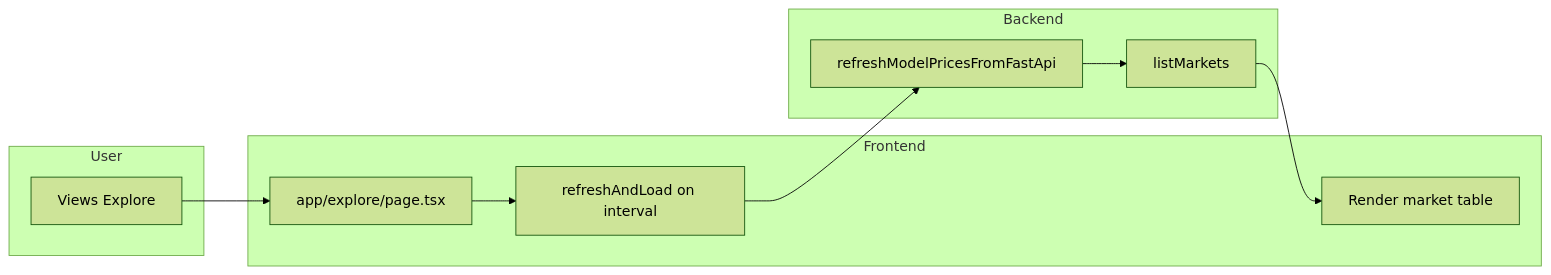
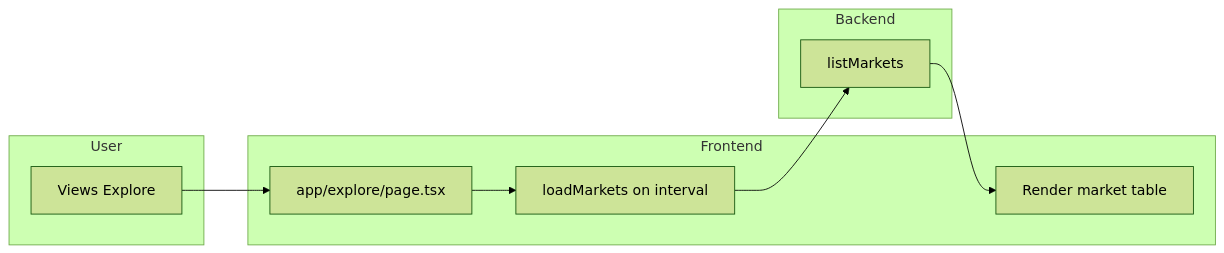
One commit to janbocchino/Bratva changed the third of 4 diagrams in notes/user-flows/implemented.md. Above: the diagram before and after it, drawn with Mermaid (forest theme). The commit also changed other lines of this file and 26 other files, not shown here.

Commit message:
feature: delettion of FAST API, cleanup

````diff
--- a/notes/user-flows/implemented.md
+++ b/notes/user-flows/implemented.md
@@ -62,17 +62,16 @@
 ```mermaid
 flowchart LR
   subgraph userCol[User]
     u1[Views Explore]
   end
   subgraph feCol[Frontend]
     fe1["app/explore/page.tsx"]
-    fe2["refreshAndLoad on interval"]
+    fe2["loadMarkets on interval"]
     fe3["Render market table"]
   end
   subgraph beCol[Backend]
-    be1["refreshModelPricesFromFastApi"]
-    be2["listMarkets"]
+    be1["listMarkets"]
   end
   u1 --> fe1 --> fe2
-  fe2 --> be1 --> be2 --> fe3
+  fe2 --> be1 --> fe3
 ```
````
